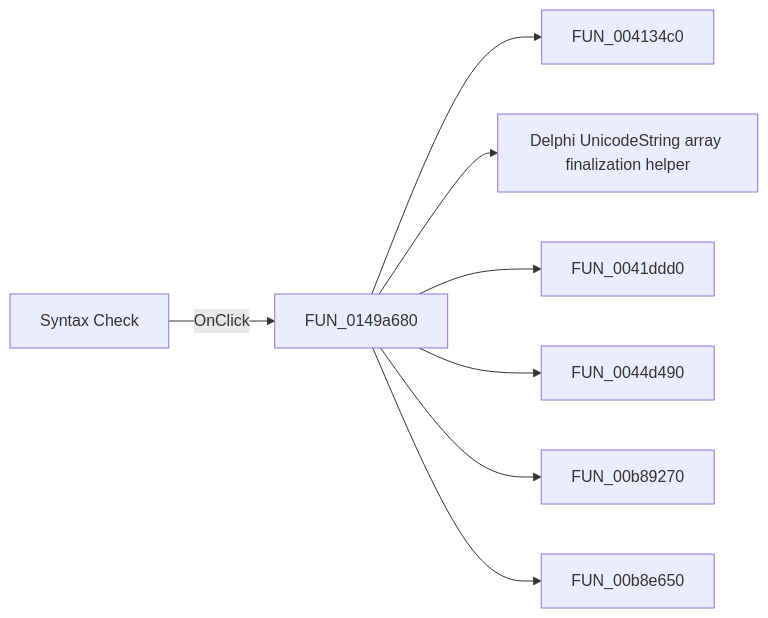
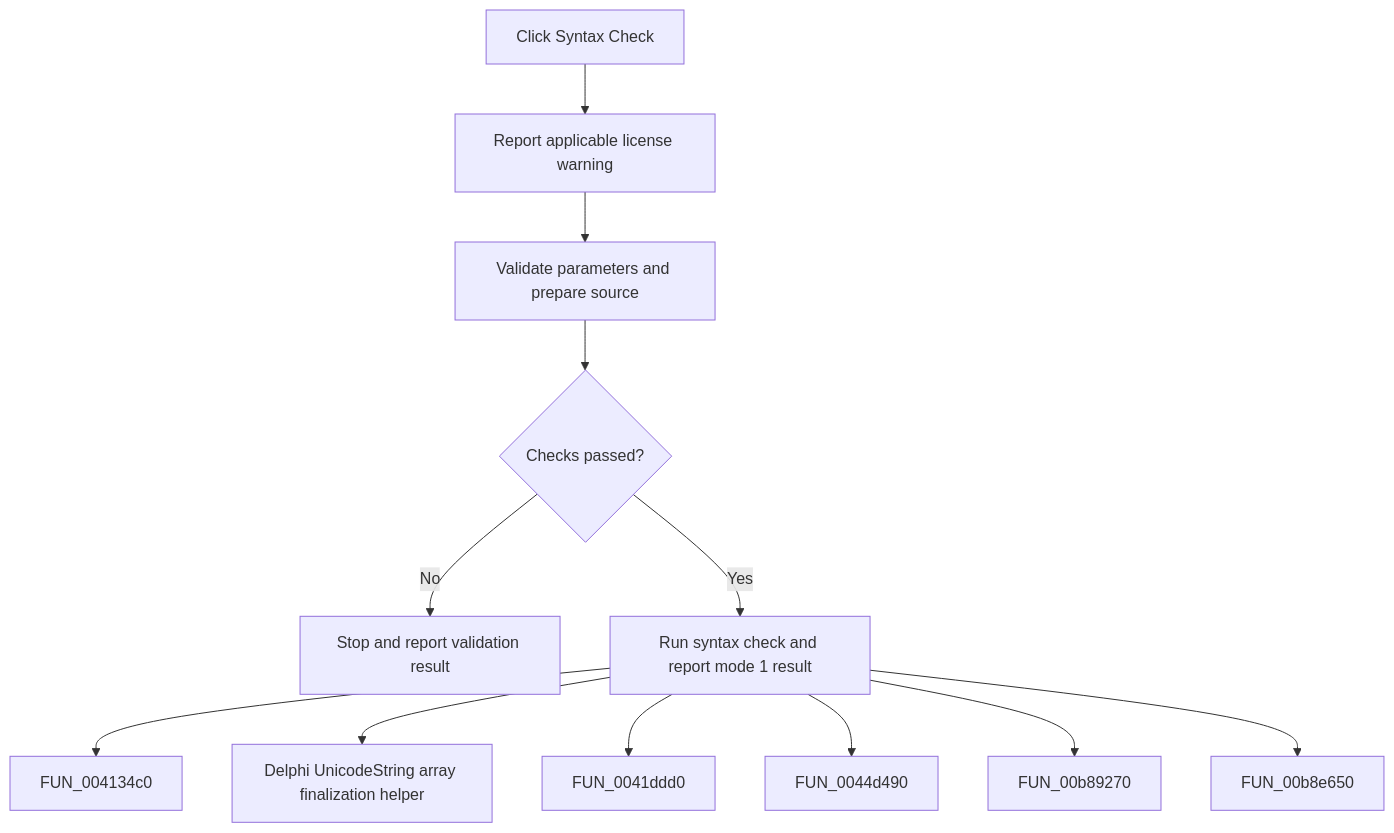
One commit to MovGP0/TIARA changed the diagram in docs/ui-controls/frmdesigntool/sbsyntaxcheck-a5deeafb4e.md. Above: the diagram before and after it, drawn with Mermaid. The commit also changed other lines of this file and 387 other files, not shown here.

````diff
--- a/docs/ui-controls/frmdesigntool/sbsyntaxcheck-a5deeafb4e.md
+++ b/docs/ui-controls/frmdesigntool/sbsyntaxcheck-a5deeafb4e.md
@@ -27,10 +27,14 @@
 ```mermaid
-flowchart LR
-    control["Syntax Check"] -->|OnClick| handler["FUN_0149a680"]
+flowchart TD
+    control["Click Syntax Check"] --> license["Report applicable license warning"]
+    license --> validate["Validate parameters and prepare source"]
+    validate --> valid{"Checks passed?"}
+    valid -->|No| stop["Stop and report validation result"]
+    valid -->|Yes| handler["Run syntax check and report mode 1 result"]
     handler --> call1["FUN_004134c0"]
     handler --> call2["Delphi UnicodeString array finalization helper"]
     handler --> call3["FUN_0041ddd0"]
     handler --> call4["FUN_0044d490"]
     handler --> call5["FUN_00b89270"]
     handler --> call6["FUN_00b8e650"]
 ```
````
